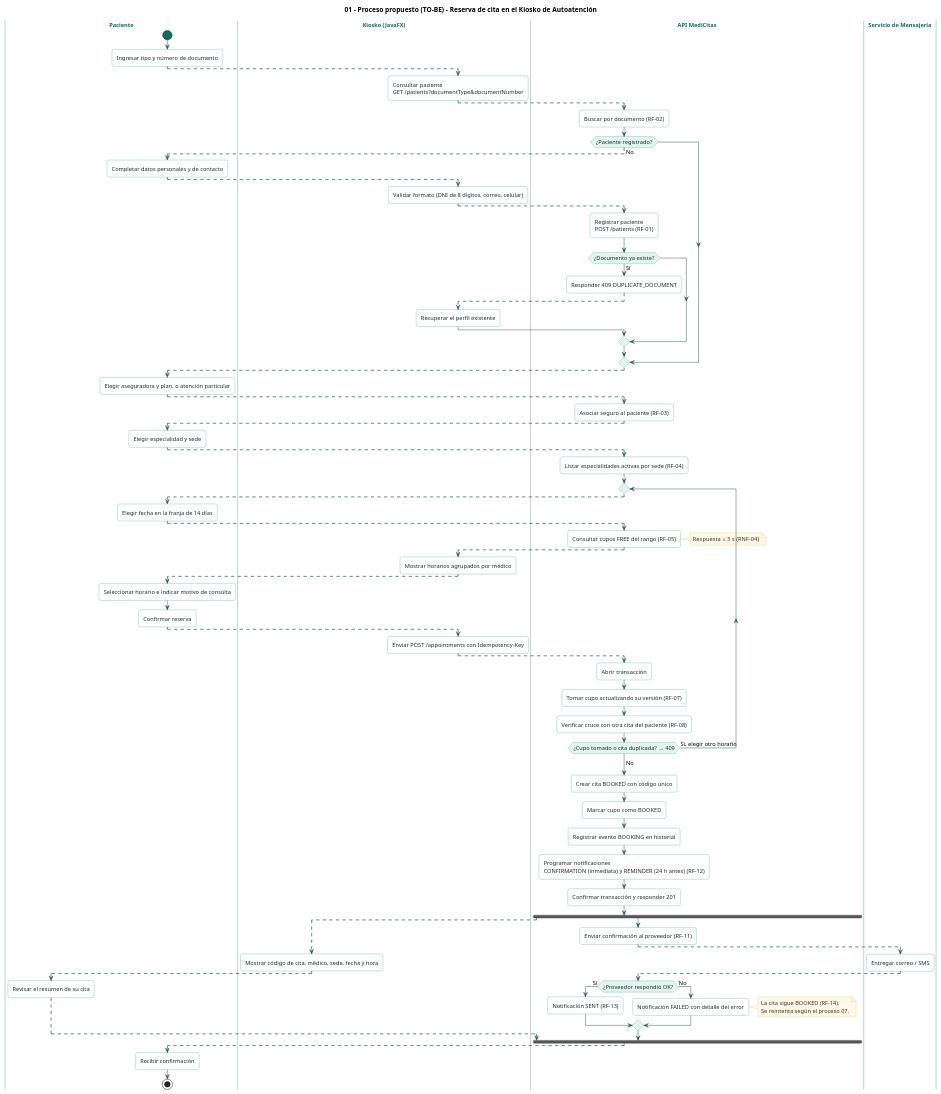
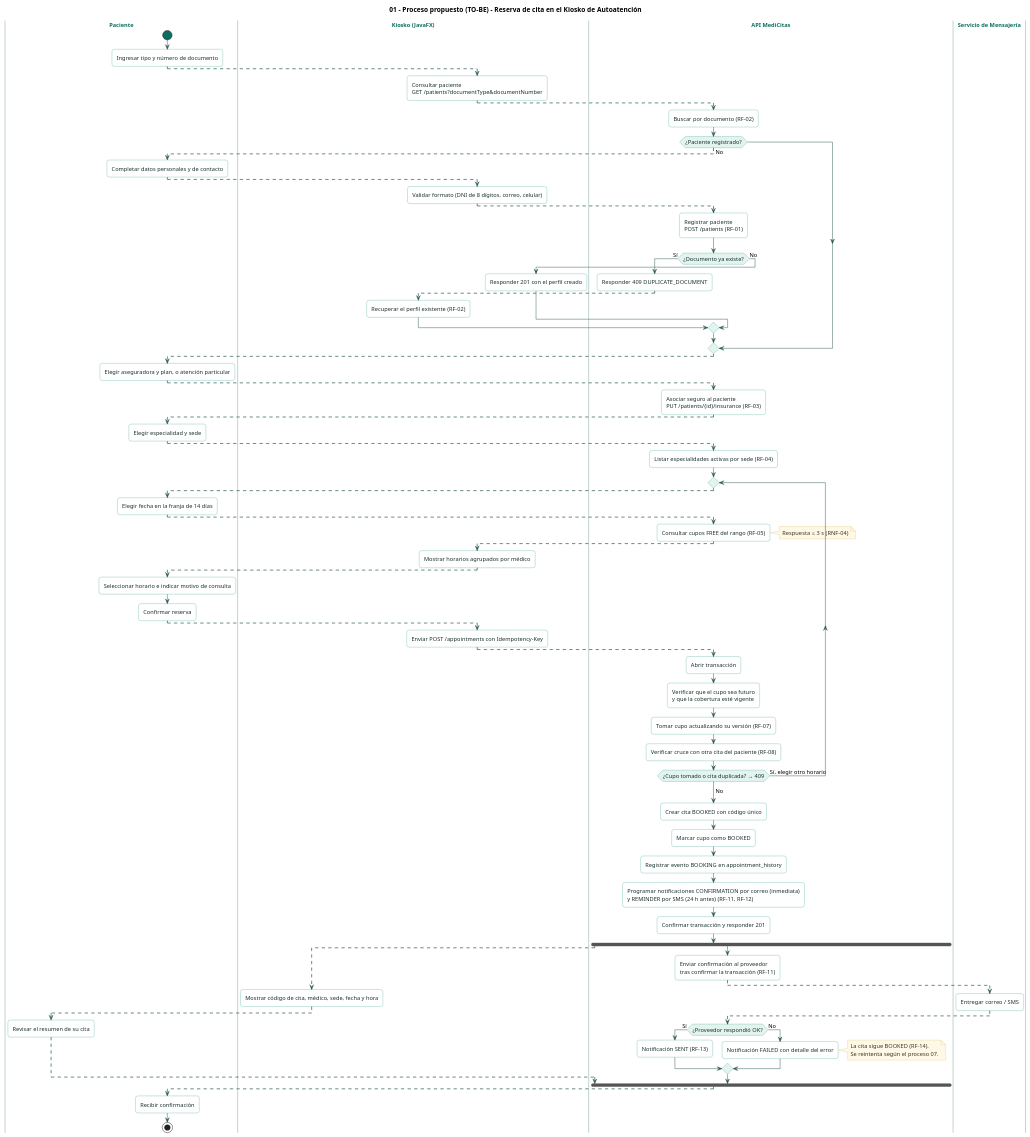
One commit to Jimena-CC/ProyectoCitasMedicas changed the diagram in docs/diagrams/01-process-proposed.puml. Above: the diagram before and after it, drawn with PlantUML. The commit also changed 6 other files, not shown here.

First line of the commit message:
docs(diagrams): corregir procesos y agregar atención del médico y ventanilla

```diff
--- a/docs/diagrams/01-process-proposed.puml
+++ b/docs/diagrams/01-process-proposed.puml
@@ -1,136 +1,142 @@
 @startuml
 title 01 - Proceso propuesto (TO-BE) - Reserva de cita en el Kiosko de Autoatención
 
 skinparam shadowing false
 skinparam roundCorner 10
 skinparam defaultFontName "Helvetica"
 skinparam defaultFontSize 12
 skinparam ArrowColor #2F5D56
 skinparam SwimlaneBorderColor #A9C4BD
 skinparam SwimlaneTitleFontColor #0C6E5F
 skinparam SwimlaneTitleFontStyle bold
 skinparam activity {
   BackgroundColor #FFFFFF
   BorderColor #13917D
   FontColor #17302B
   DiamondBackgroundColor #E3F4EF
   DiamondBorderColor #13917D
   StartColor #0C6E5F
   EndColor #0C6E5F
 }
 skinparam note {
   BackgroundColor #FFF8E6
   BorderColor #D9B45A
   FontColor #3D3321
 }
 
 |Paciente|
 start
 :Ingresar tipo y número de documento;
 
 |Kiosko (JavaFX)|
 -[dashed]->
 :Consultar paciente\nGET /patients?documentType&documentNumber;
 
 |API MediCitas|
 -[dashed]->
 :Buscar por documento (RF-02);
 
 if (¿Paciente registrado?) then (No)
   |Paciente|
   -[dashed]->
   :Completar datos personales y de contacto;
   |Kiosko (JavaFX)|
   -[dashed]->
   :Validar formato (DNI de 8 dígitos, correo, celular);
   |API MediCitas|
   -[dashed]->
   :Registrar paciente\nPOST /patients (RF-01);
   if (¿Documento ya existe?) then (Sí)
     :Responder 409 DUPLICATE_DOCUMENT;
     |Kiosko (JavaFX)|
     -[dashed]->
-    :Recuperar el perfil existente;
+    :Recuperar el perfil existente (RF-02);
+  else (No)
+    :Responder 201 con el perfil creado;
   endif
 endif
 
 |Paciente|
 -[dashed]->
 :Elegir aseguradora y plan, o atención particular;
 |API MediCitas|
 -[dashed]->
-:Asociar seguro al paciente (RF-03);
+:Asociar seguro al paciente
+PUT /patients/{id}/insurance (RF-03);
 
 |Paciente|
 -[dashed]->
 :Elegir especialidad y sede;
 |API MediCitas|
 -[dashed]->
 :Listar especialidades activas por sede (RF-04);
 
 repeat
   |Paciente|
   -[dashed]->
   :Elegir fecha en la franja de 14 días;
   |API MediCitas|
   -[dashed]->
   :Consultar cupos FREE del rango (RF-05);
   note right: Respuesta ≤ 3 s (RNF-04)
   |Kiosko (JavaFX)|
   -[dashed]->
   :Mostrar horarios agrupados por médico;
   |Paciente|
   -[dashed]->
   :Seleccionar horario e indicar motivo de consulta;
   :Confirmar reserva;
   |Kiosko (JavaFX)|
   -[dashed]->
   :Enviar POST /appointments con Idempotency-Key;
   |API MediCitas|
   -[dashed]->
   :Abrir transacción;
+  :Verificar que el cupo sea futuro
+y que la cobertura esté vigente;
   :Tomar cupo actualizando su versión (RF-07);
   :Verificar cruce con otra cita del paciente (RF-08);
 repeat while (¿Cupo tomado o cita duplicada? → 409) is (Sí, elegir otro horario)
 ->No;
 
 |API MediCitas|
 :Crear cita BOOKED con código único;
 :Marcar cupo como BOOKED;
-:Registrar evento BOOKING en historial;
-:Programar notificaciones\nCONFIRMATION (inmediata) y REMINDER (24 h antes) (RF-12);
+:Registrar evento BOOKING en appointment_history;
+:Programar notificaciones CONFIRMATION por correo (inmediata)\ny REMINDER por SMS (24 h antes) (RF-11, RF-12);
 :Confirmar transacción y responder 201;
 
 fork
   |Kiosko (JavaFX)|
   -[dashed]->
   :Mostrar código de cita, médico, sede, fecha y hora;
   |Paciente|
   -[dashed]->
   :Revisar el resumen de su cita;
   -[dashed]->
 fork again
   |API MediCitas|
-  :Enviar confirmación al proveedor (RF-11);
+  :Enviar confirmación al proveedor
+tras confirmar la transacción (RF-11);
   |Servicio de Mensajería|
   -[dashed]->
   :Entregar correo / SMS;
   |API MediCitas|
   -[dashed]->
   if (¿Proveedor respondió OK?) then (Sí)
     :Notificación SENT (RF-13);
   else (No)
     :Notificación FAILED con detalle del error;
     note right
       La cita sigue BOOKED (RF-14).
       Se reintenta según el proceso 07.
     end note
   endif
 end fork
 
 |Paciente|
 -[dashed]->
 :Recibir confirmación;
 stop
 
 @enduml
```
